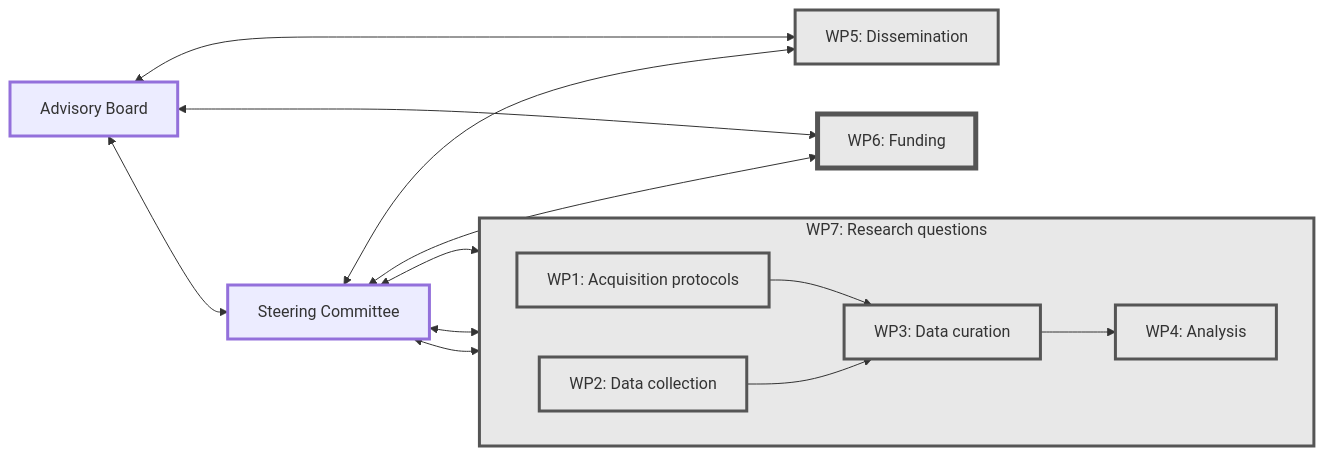
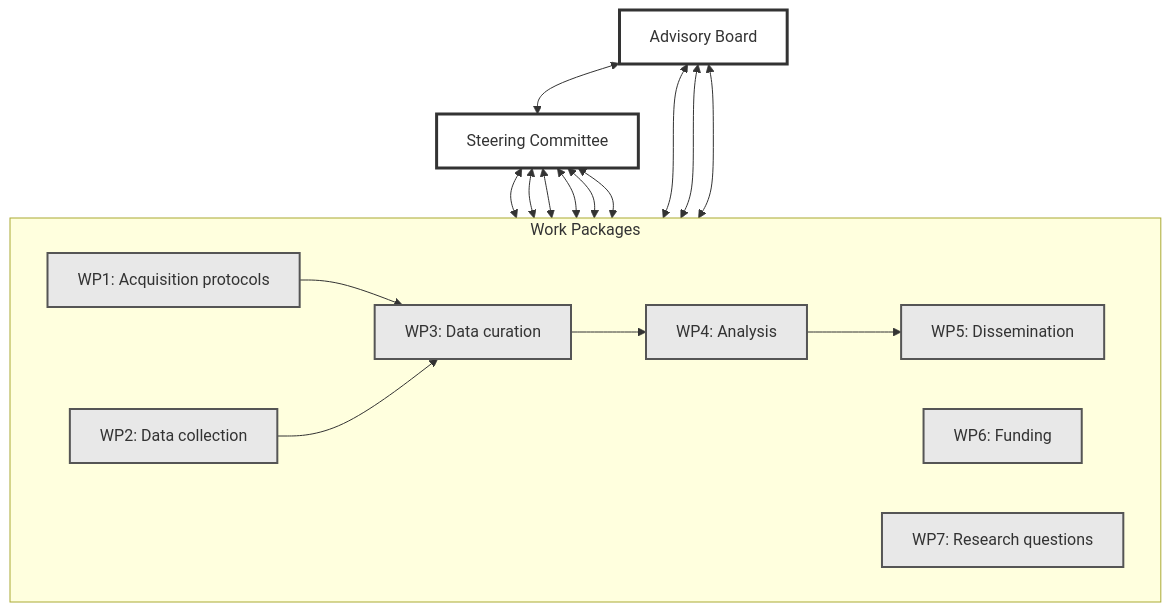
One commit to EEGManySteps/eegmanysteps.github.io changed the diagram in index.qmd. Above: the diagram before and after it, drawn with Mermaid. The commit also changed 5 other files, not shown here.

First line of the commit message:
Replace Jupyter with Chart.js, restructure news, fix Mermaid diagram (#19)

````diff
--- a/index.qmd
+++ b/index.qmd
@@ -41,41 +41,43 @@
 ```{mermaid}
-graph LR
-    style A stroke-width:3px,corner-radius:5px
-    style S stroke-width:3px,corner-radius:5px
-    style B1 fill:#E8E8E8,stroke:#555,stroke-width:3px,corner-radius:5px
-    style B2 fill:#E8E8E8,stroke:#555,stroke-width:3px,corner-radius:5px
-    style B3 fill:#E8E8E8,stroke:#555,stroke-width:3px,corner-radius:5px
-    style B4 fill:#E8E8E8,stroke:#555,stroke-width:3px,corner-radius:5px
-    style B5 fill:#E8E8E8,stroke:#555,stroke-width:3px,corner-radius:5px
-    style B6 fill:#E8E8E8,stroke:#555,stroke-width:5px,corner-radius:5px
-    style B7 fill:#E8E8E8,stroke:#555,stroke-width:3px,corner-radius:5px
-
+graph TD
     A[Advisory Board]
     S[Steering Committee]
 
-    B1[WP1: Acquisition protocols]
-    B2[WP2: Data collection]
-    B3[WP3: Data curation]
-    B4[WP4: Analysis]
-    B5[WP5: Dissemination]
-    B6[WP6: Funding]
-    B7[WP7: Research questions]
+    A <--> S
 
-    subgraph B7[WP7: Research questions]
+    subgraph Work Packages
         direction LR
+        B1[WP1: Acquisition protocols]
+        B2[WP2: Data collection]
+        B3[WP3: Data curation]
+        B4[WP4: Analysis]
+        B5[WP5: Dissemination]
+        B6[WP6: Funding]
+        B7[WP7: Research questions]
+
         B1 --> B3
         B2 --> B3
         B3 --> B4
+        B4 --> B5
     end
 
-    A <--> S
     S <--> B1
     S <--> B2
     S <--> B4
+    S <--> B5
+    S <--> B6
+    S <--> B7
     A <--> B5
-    S <--> B5
     A <--> B6
-    S <--> B6
+    A <--> B7
 
-
+    style A fill:#fff,stroke:#333,stroke-width:3px
+    style S fill:#fff,stroke:#333,stroke-width:3px
+    style B1 fill:#E8E8E8,stroke:#555,stroke-width:2px
+    style B2 fill:#E8E8E8,stroke:#555,stroke-width:2px
+    style B3 fill:#E8E8E8,stroke:#555,stroke-width:2px
+    style B4 fill:#E8E8E8,stroke:#555,stroke-width:2px
+    style B5 fill:#E8E8E8,stroke:#555,stroke-width:2px
+    style B6 fill:#E8E8E8,stroke:#555,stroke-width:2px
+    style B7 fill:#E8E8E8,stroke:#555,stroke-width:2px
 ```
````
